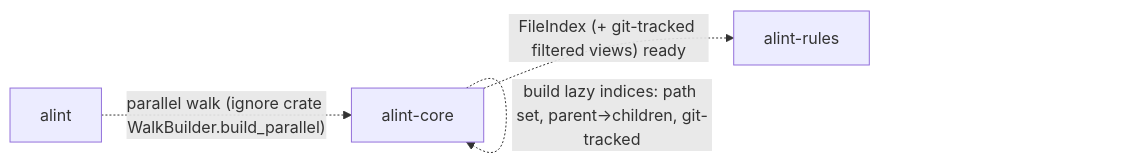
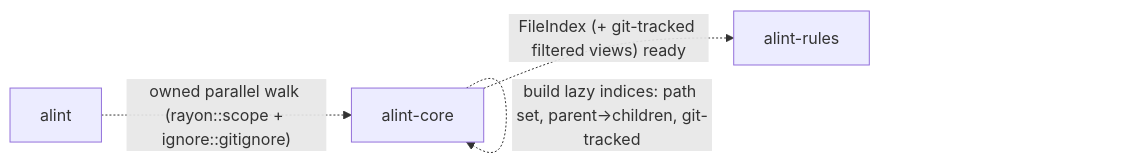
Diagram 13 of 27 in docs/design/architecture/DIAGRAMS.md (asamarts/alint), drawn with Mermaid before and after one commit. The commit also changed 42 other files, not shown here.

````diff
--- a/docs/design/architecture/DIAGRAMS.md
+++ b/docs/design/architecture/DIAGRAMS.md
@@ -314,11 +314,11 @@
 ```mermaid
 graph LR
   AlintCliAlintBin["alint"]
   AlintCliCore["alint-core"]
   AlintCliRules["alint-rules"]
-  AlintCliAlintBin -. "`parallel walk (ignore crate WalkBuilder.build_parallel)`" .-> AlintCliCore
+  AlintCliAlintBin -. "`owned parallel walk (rayon::scope + ignore::gitignore)`" .-> AlintCliCore
   AlintCliCore -. "`honor .gitignore/.ignore + ignore: globs`" .-> AlintCliCore
   AlintCliCore -. "`merge thread-local FileEntry vecs + deterministic sort`" .-> AlintCliCore
   AlintCliCore -. "`build lazy indices: path set, parent->children, git-tracked`" .-> AlintCliCore
   AlintCliCore -. "`FileIndex (+ git-tracked filtered views) ready`" .-> AlintCliRules
 ```
````
